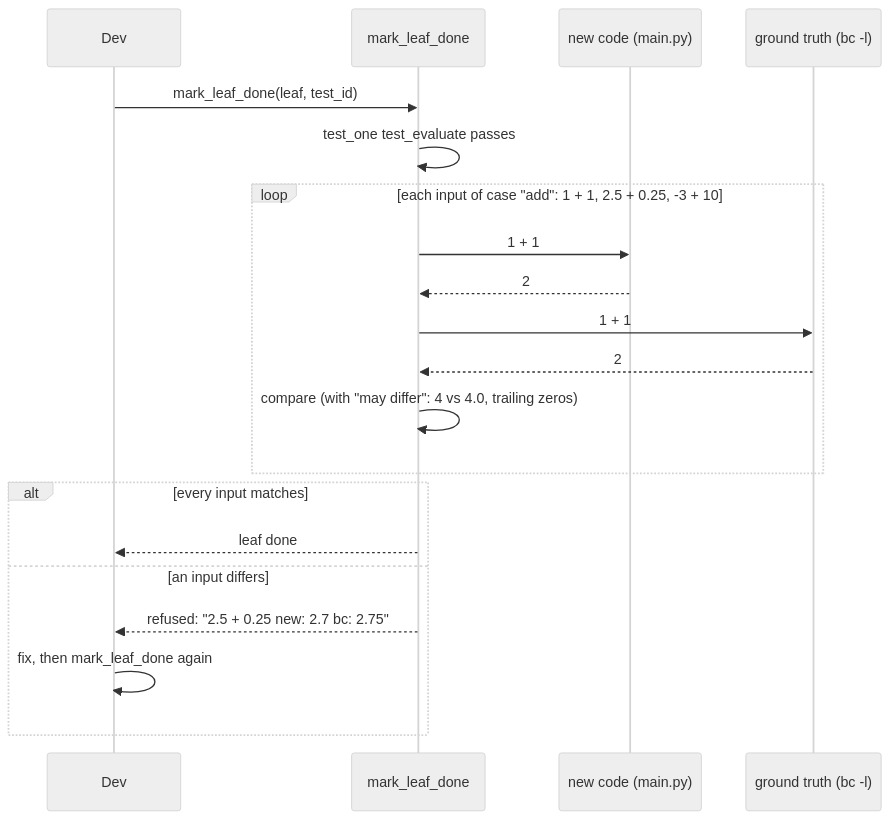
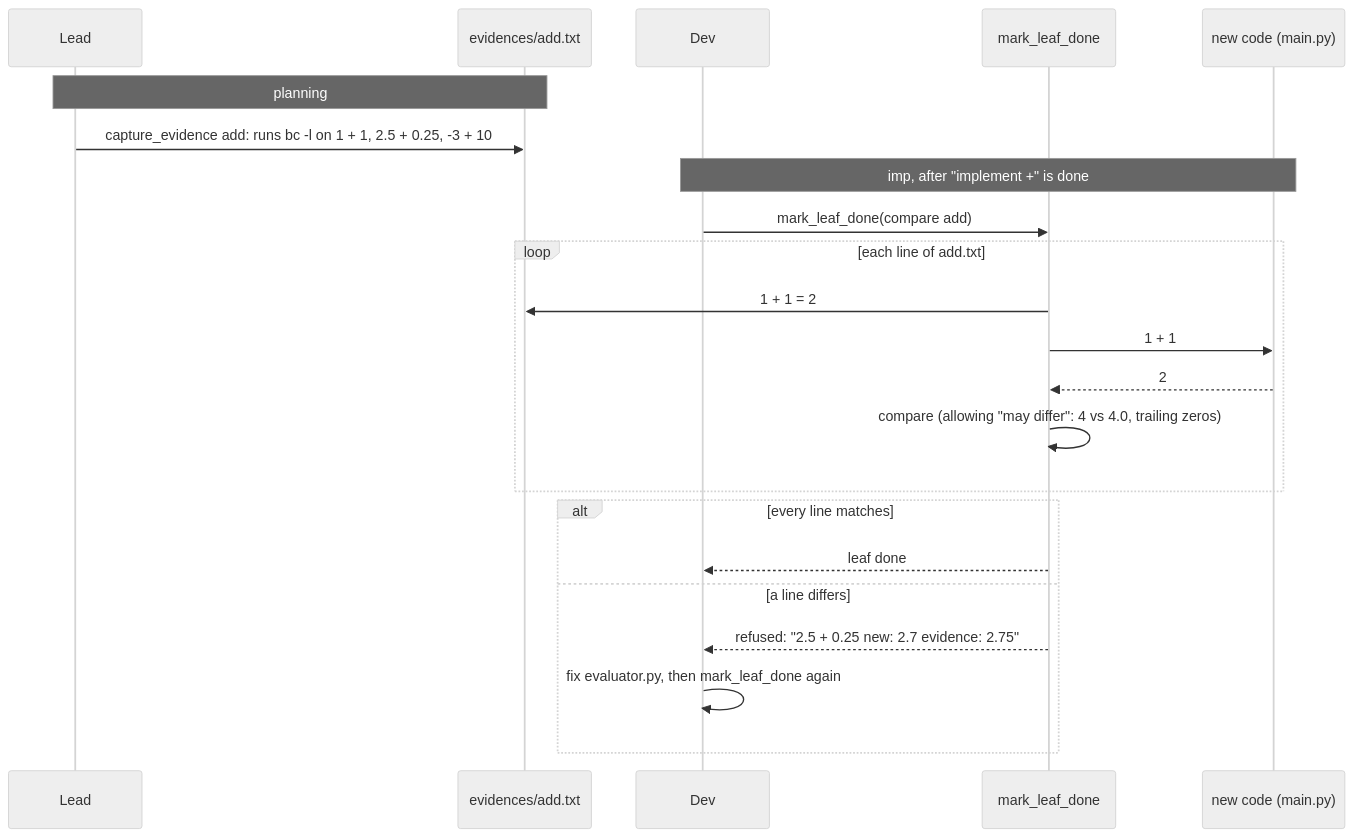
One commit to Tejasvedagiri/Just-Finish-It changed the second of 2 diagrams in docs/old_new.md. Above: the diagram before and after it, drawn with Mermaid (neutral theme). The commit also changed other lines of this file, not shown here.

First line of the commit message:
docs/old_new.md: evidence captured by the Lead, checked by its own task

````diff
--- a/docs/old_new.md
+++ b/docs/old_new.md
@@ -123,23 +199,25 @@
 ```mermaid
 sequenceDiagram
+    participant Lead
+    participant Ev as evidences/add.txt
     participant Dev
     participant Gate as mark_leaf_done
     participant New as new code (main.py)
-    participant GT as ground truth (bc -l)
 
-    Dev->>Gate: mark_leaf_done(leaf, test_id)
-    Gate->>Gate: test_one test_evaluate passes
-    loop each input of case "add": 1 + 1, 2.5 + 0.25, -3 + 10
+    Note over Lead,Ev: planning
+    Lead->>Ev: capture_evidence add: runs bc -l on 1 + 1, 2.5 + 0.25, -3 + 10
+    Note over Dev,New: imp, after "implement +" is done
+    Dev->>Gate: mark_leaf_done(compare add)
+    loop each line of add.txt
+        Gate->>Ev: 1 + 1 = 2
         Gate->>New: 1 + 1
         New-->>Gate: 2
-        Gate->>GT: 1 + 1
-        GT-->>Gate: 2
-        Gate->>Gate: compare (with "may differ": 4 vs 4.0, trailing zeros)
+        Gate->>Gate: compare (allowing "may differ": 4 vs 4.0, trailing zeros)
     end
-    alt every input matches
+    alt every line matches
         Gate-->>Dev: leaf done
-    else an input differs
-        Gate-->>Dev: refused: "2.5 + 0.25  new: 2.7  bc: 2.75"
-        Dev->>Dev: fix, then mark_leaf_done again
+    else a line differs
+        Gate-->>Dev: refused: "2.5 + 0.25  new: 2.7  evidence: 2.75"
+        Dev->>Dev: fix evaluator.py, then mark_leaf_done again
     end
 ```
````
